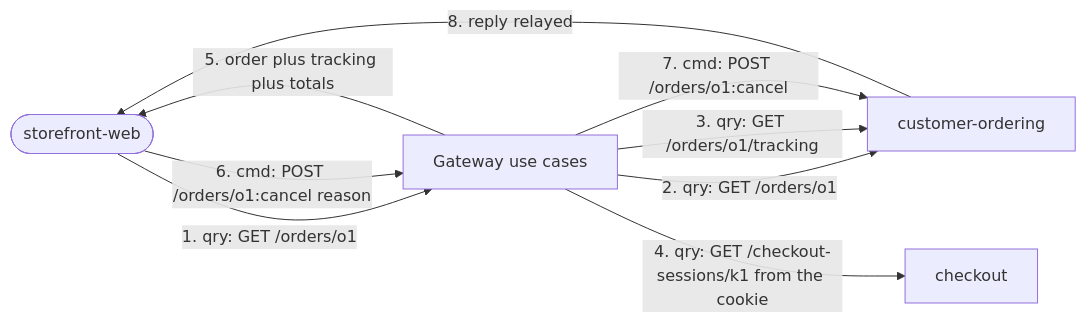
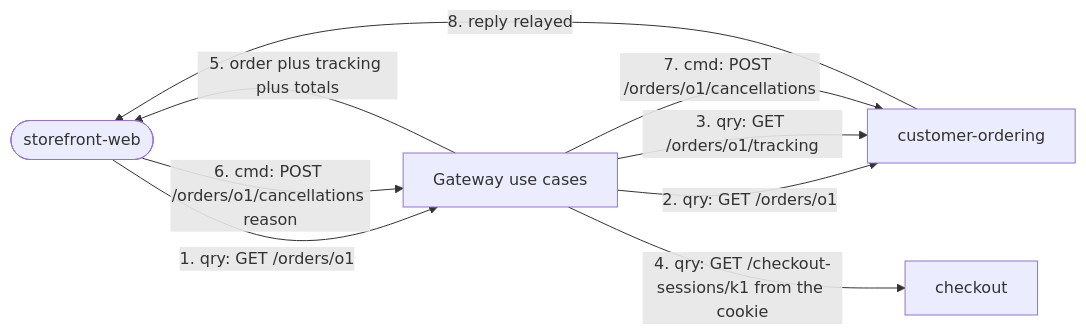
Before and after one commit to IQVO/storefront-bff: the fourth of 4 diagrams in docs/docs/ddd/domain-message-flow.md, drawn with Mermaid. The commit also changed other lines of this file and 17 other files, not shown here.

````diff
--- a/docs/docs/ddd/domain-message-flow.md
+++ b/docs/docs/ddd/domain-message-flow.md
@@ -105,15 +105,15 @@
 ```mermaid
 flowchart LR
     web(["storefront-web"])
     gw["Gateway use cases"]
     co["customer-ordering"]
     ck["checkout"]
     web -->|"1. qry: GET /orders/o1"| gw
     gw -->|"2. qry: GET /orders/o1"| co
     gw -->|"3. qry: GET /orders/o1/tracking"| co
     gw -->|"4. qry: GET /checkout-sessions/k1 from the cookie"| ck
     gw -->|"5. order plus tracking plus totals"| web
-    web -->|"6. cmd: POST /orders/o1:cancel reason"| gw
-    gw -->|"7. cmd: POST /orders/o1:cancel"| co
+    web -->|"6. cmd: POST /orders/o1/cancellations reason"| gw
+    gw -->|"7. cmd: POST /orders/o1/cancellations"| co
     co -->|"8. reply relayed"| web
 ```
````
